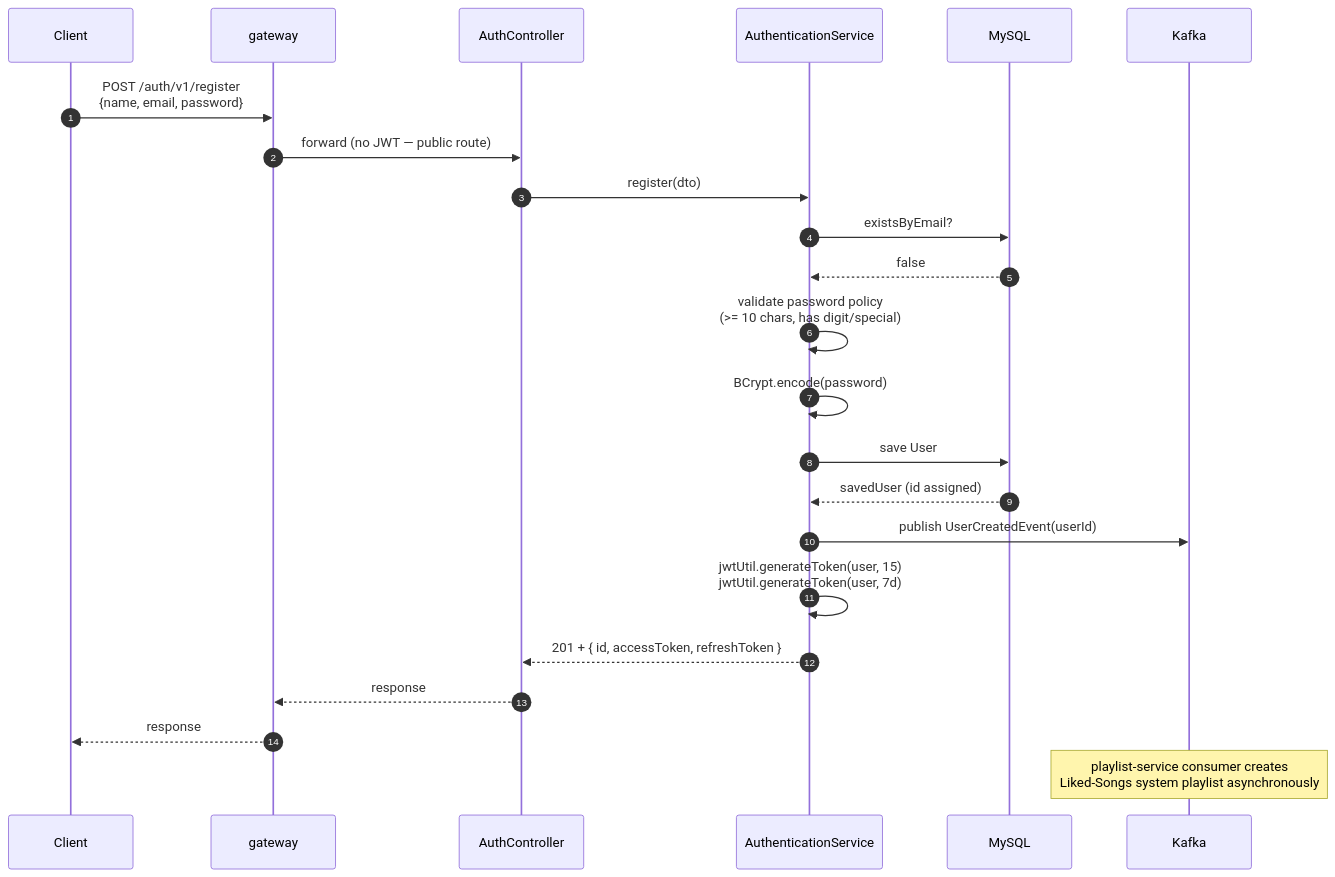
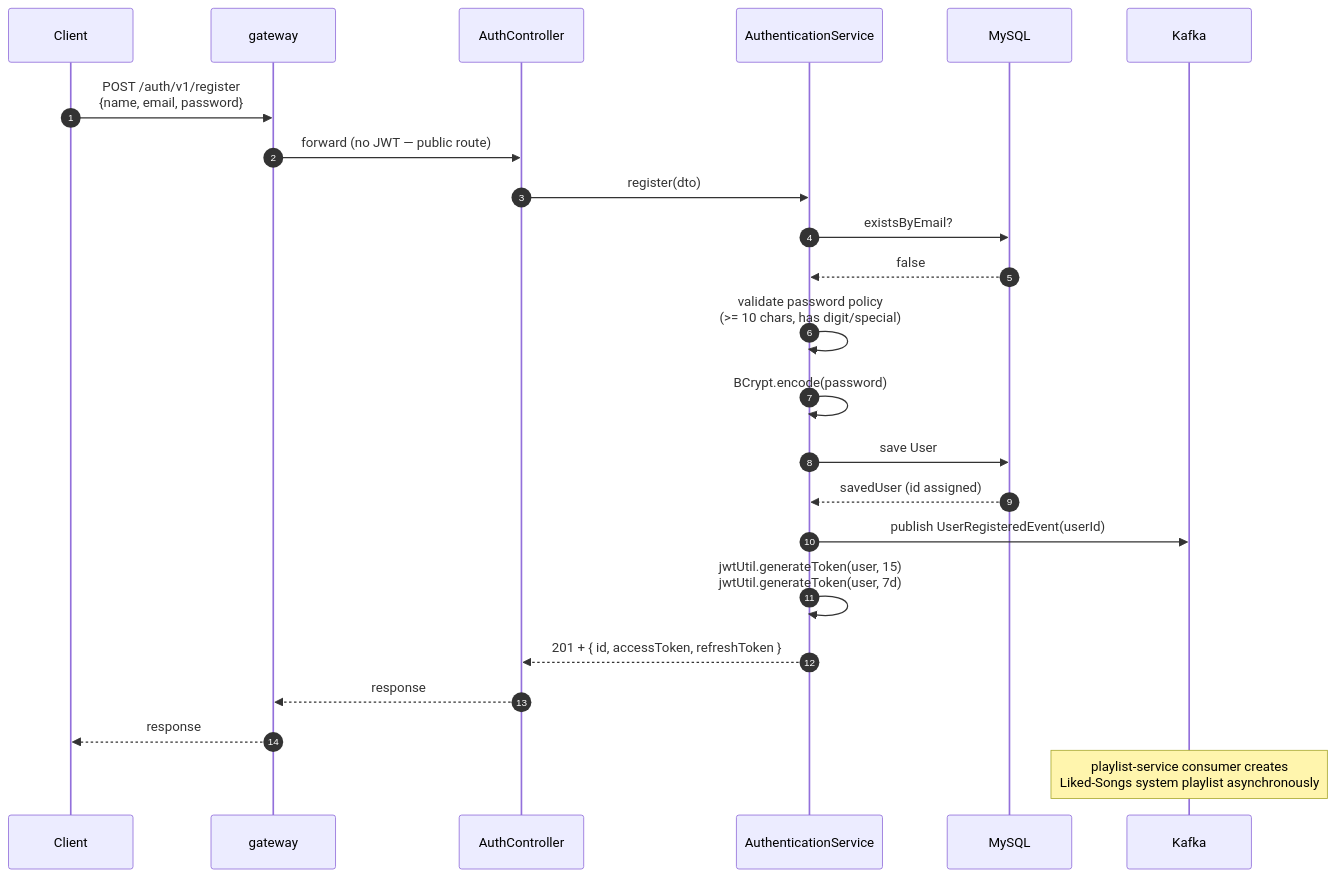
The second of 4 diagrams in auth-service/README.md (harshithrao07/cadence), drawn with Mermaid before and after one commit. The commit also changed other lines of this file and 44 other files, not shown here.

````diff
--- a/auth-service/README.md
+++ b/auth-service/README.md
@@ -52,27 +57,27 @@
 ```mermaid
 sequenceDiagram
     autonumber
     participant C as Client
     participant G as gateway
     participant AC as AuthController
     participant AS as AuthenticationService
     participant DB as MySQL
     participant K as Kafka
 
     C->>G: POST /auth/v1/register<br/>{name, email, password}
     G->>AC: forward (no JWT — public route)
     AC->>AS: register(dto)
     AS->>DB: existsByEmail?
     DB-->>AS: false
     AS->>AS: validate password policy<br/>(>= 10 chars, has digit/special)
     AS->>AS: BCrypt.encode(password)
     AS->>DB: save User
     DB-->>AS: savedUser (id assigned)
-    AS->>K: publish UserCreatedEvent(userId)
+    AS->>K: publish UserRegisteredEvent(userId)
     AS->>AS: jwtUtil.generateToken(user, 15)<br/>jwtUtil.generateToken(user, 7d)
     AS-->>AC: 201 + { id, accessToken, refreshToken }
     AC-->>G: response
     G-->>C: response
 
     Note over K: playlist-service consumer creates<br/>Liked-Songs system playlist asynchronously
 ```
````
